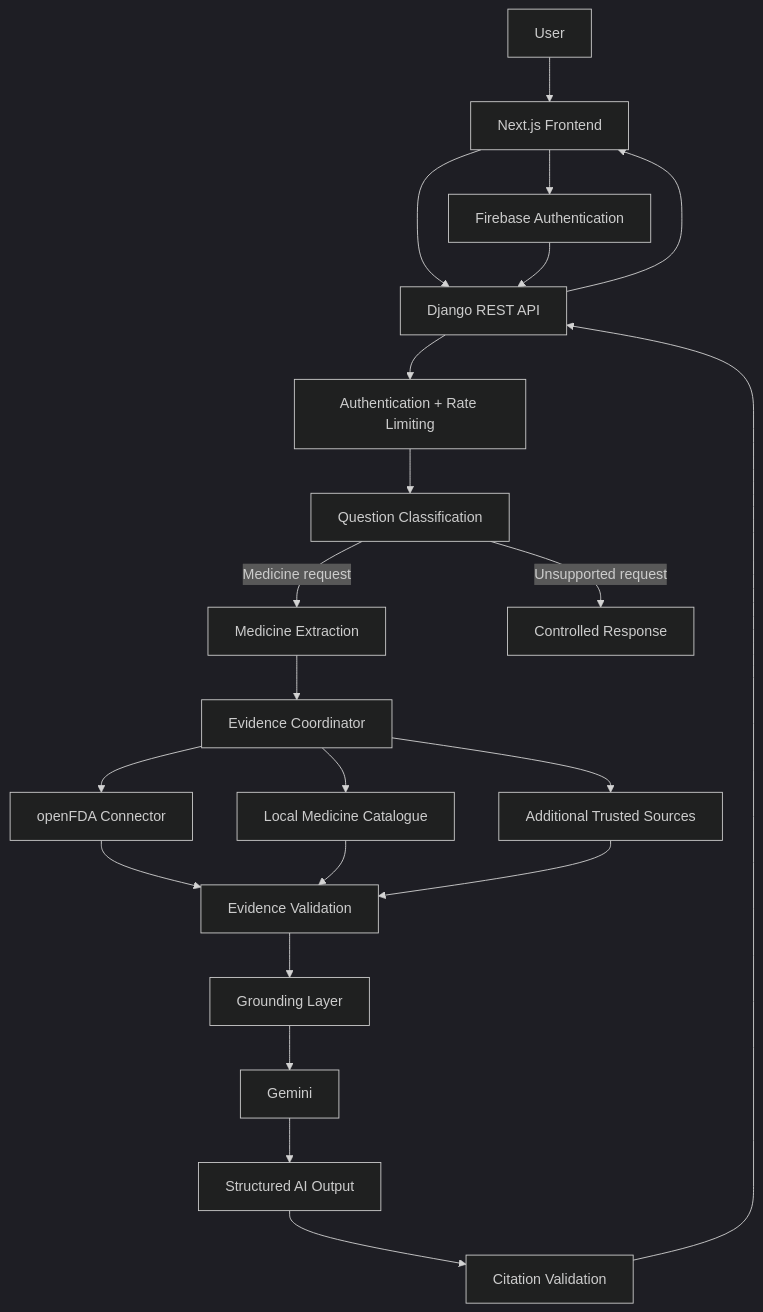
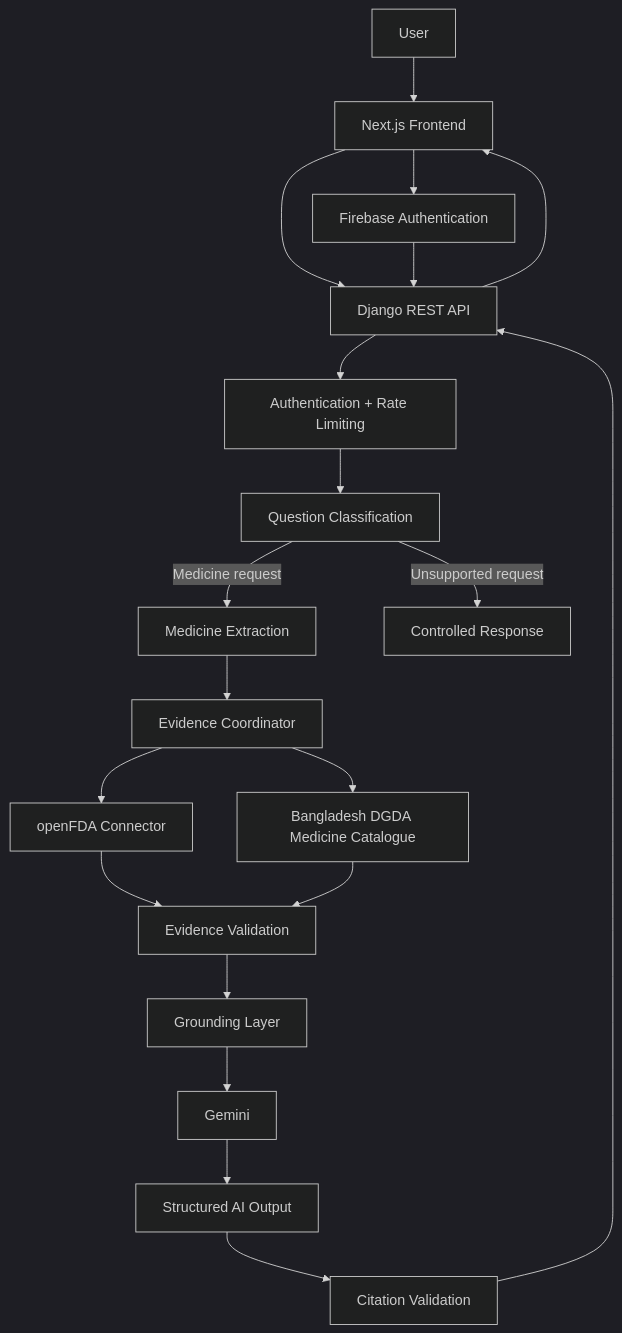
One commit to dibyasarothidibya-lang/Mediguard-AI changed the diagram in README.md. Above: the diagram before and after it, drawn with Mermaid (dark theme). The commit also changed other lines of this file, not shown here.

First line of the commit message:
Revise data sources and integration details in README

````diff
--- a/README.md
+++ b/README.md
@@ -209,33 +207,31 @@
 ```mermaid
 flowchart TD
     U[User] --> F[Next.js Frontend]
 
     F --> A[Firebase Authentication]
     F --> API[Django REST API]
 
     A --> API
 
     API --> AUTH[Authentication + Rate Limiting]
     AUTH --> CLASSIFY[Question Classification]
 
     CLASSIFY -->|Medicine request| EXTRACT[Medicine Extraction]
     CLASSIFY -->|Unsupported request| SAFE[Controlled Response]
 
     EXTRACT --> EVIDENCE[Evidence Coordinator]
 
     EVIDENCE --> OFDA[openFDA Connector]
-    EVIDENCE --> CAT[Local Medicine Catalogue]
-    EVIDENCE --> FUTURE[Additional Trusted Sources]
+    EVIDENCE --> DGDA[Bangladesh DGDA Medicine Catalogue]
 
     OFDA --> VALIDATE[Evidence Validation]
-    CAT --> VALIDATE
-    FUTURE --> VALIDATE
+    DGDA --> VALIDATE
 
     VALIDATE --> GROUND[Grounding Layer]
     GROUND --> AI[Gemini]
     AI --> OUTPUT[Structured AI Output]
 
     OUTPUT --> CITATION[Citation Validation]
     CITATION --> API
     API --> F
 ```
````
